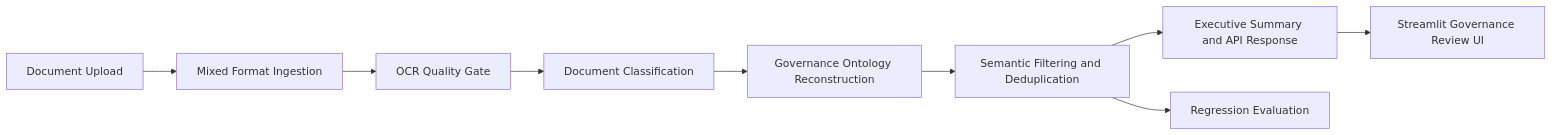
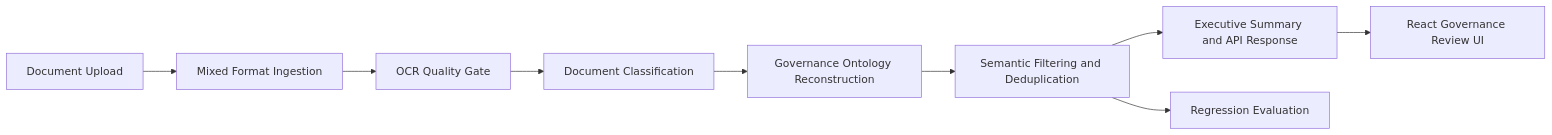
The diagram in docs/assets/diagrams/architecture_flow.mmd (Sujalm18/Enterprise-Governance-Intelligence-Platform), drawn with Mermaid before and after one commit. The commit also changed 86 other files, not shown here.

```diff
--- a/docs/assets/diagrams/architecture_flow.mmd
+++ b/docs/assets/diagrams/architecture_flow.mmd
@@ -1,9 +1,9 @@
 flowchart LR
     A[Document Upload] --> B[Mixed Format Ingestion]
     B --> C[OCR Quality Gate]
     C --> D[Document Classification]
     D --> E[Governance Ontology Reconstruction]
     E --> F[Semantic Filtering and Deduplication]
     F --> G[Executive Summary and API Response]
-    G --> H[Streamlit Governance Review UI]
+    G --> H[React Governance Review UI]
     F --> I[Regression Evaluation]
```
